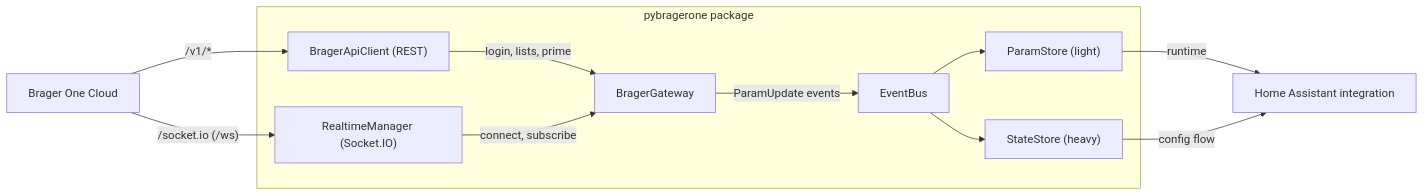
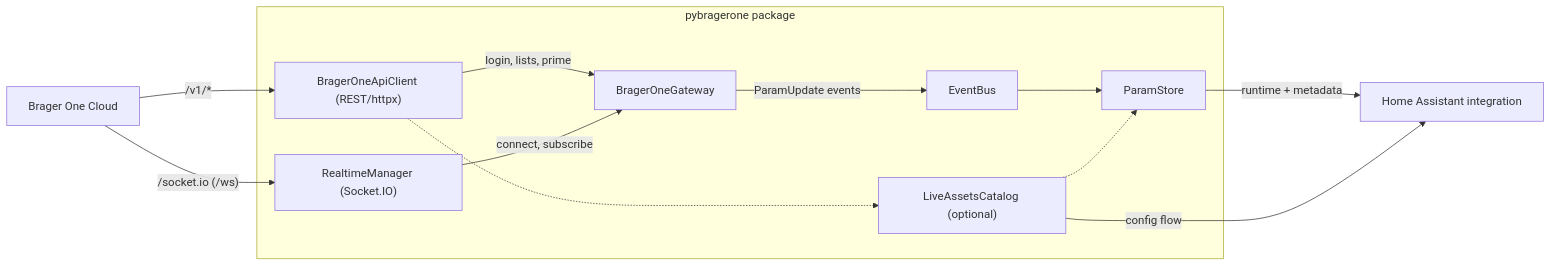
One commit to marpi82/py-bragerone changed the diagram in docs/README.rst. Above: the diagram before and after it, drawn with Mermaid. The commit also changed other lines of this file and 2 other files, not shown here.

First line of the commit message:
docs: Major documentation update - remove StateStore, fix imports and examples

```diff
--- a/docs/README.rst
+++ b/docs/README.rst
@@ -34,21 +34,22 @@
 .. mermaid::
 
    flowchart LR
      subgraph Client["pybragerone package"]
-       API["BragerApiClient (REST)"]
+       API["BragerOneApiClient (REST/httpx)"]
        WS["RealtimeManager (Socket.IO)"]
-       GW["BragerGateway"]
+       GW["BragerOneGateway"]
        BUS["EventBus"]
-       PS["ParamStore (light)"]
-       SS["StateStore (heavy)"]
+       PS["ParamStore"]
+       CATALOG["LiveAssetsCatalog (optional)"]
        API -- "login, lists, prime" --> GW
        WS -- "connect, subscribe" --> GW
        GW -- "ParamUpdate events" --> BUS
        BUS --> PS
-       BUS --> SS
+       API -.-> CATALOG
+       CATALOG -.-> PS
      end
      CLOUD["Brager One Cloud"]
      CLOUD -- "/v1/*" --> API
      CLOUD -- "/socket.io (/ws)" --> WS
-     PS -- "runtime" --> HA["Home Assistant integration"]
-     SS -- "config flow" --> HA
+     PS -- "runtime + metadata" --> HA["Home Assistant integration"]
+     CATALOG -- "config flow" --> HA
```
